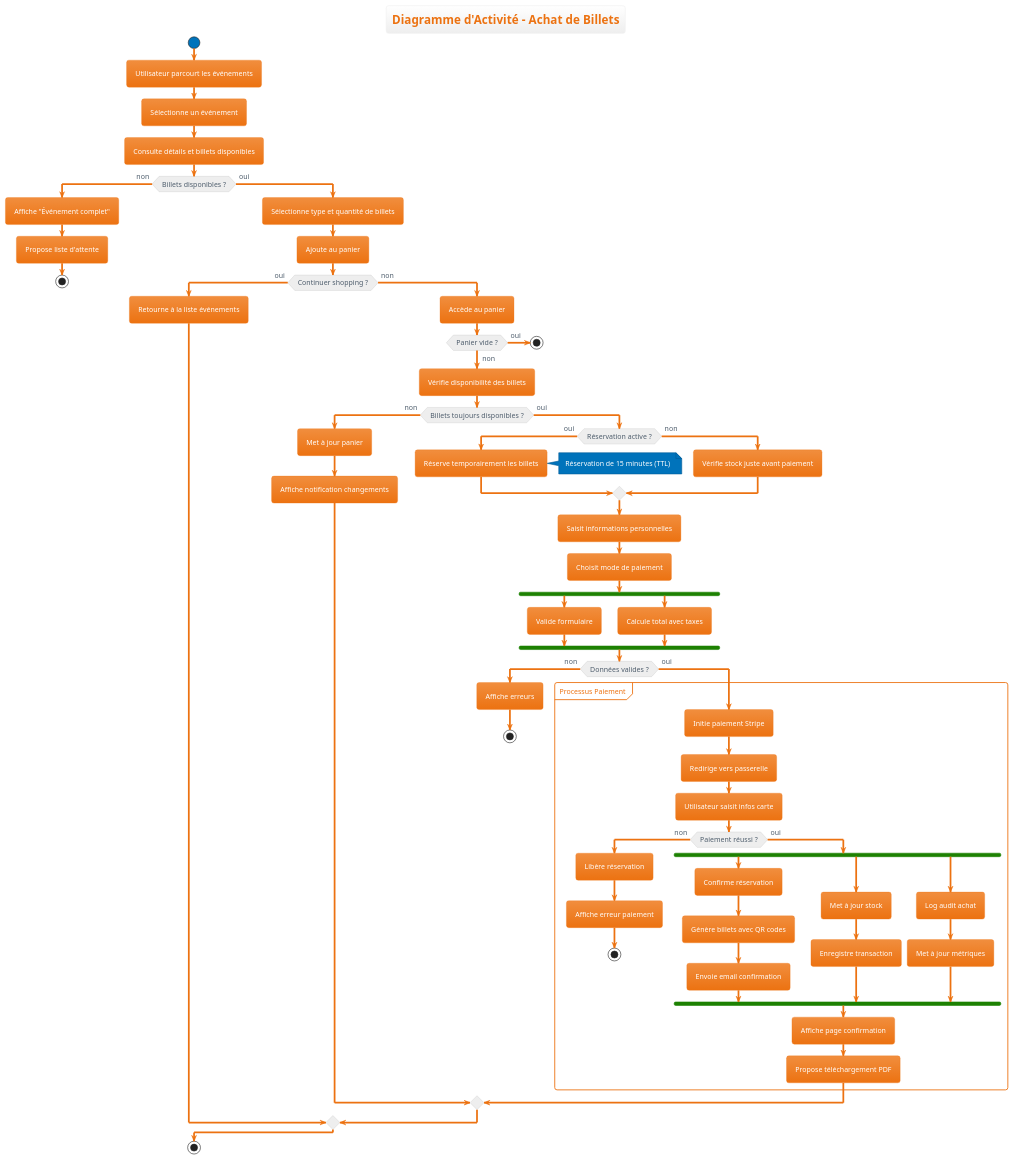
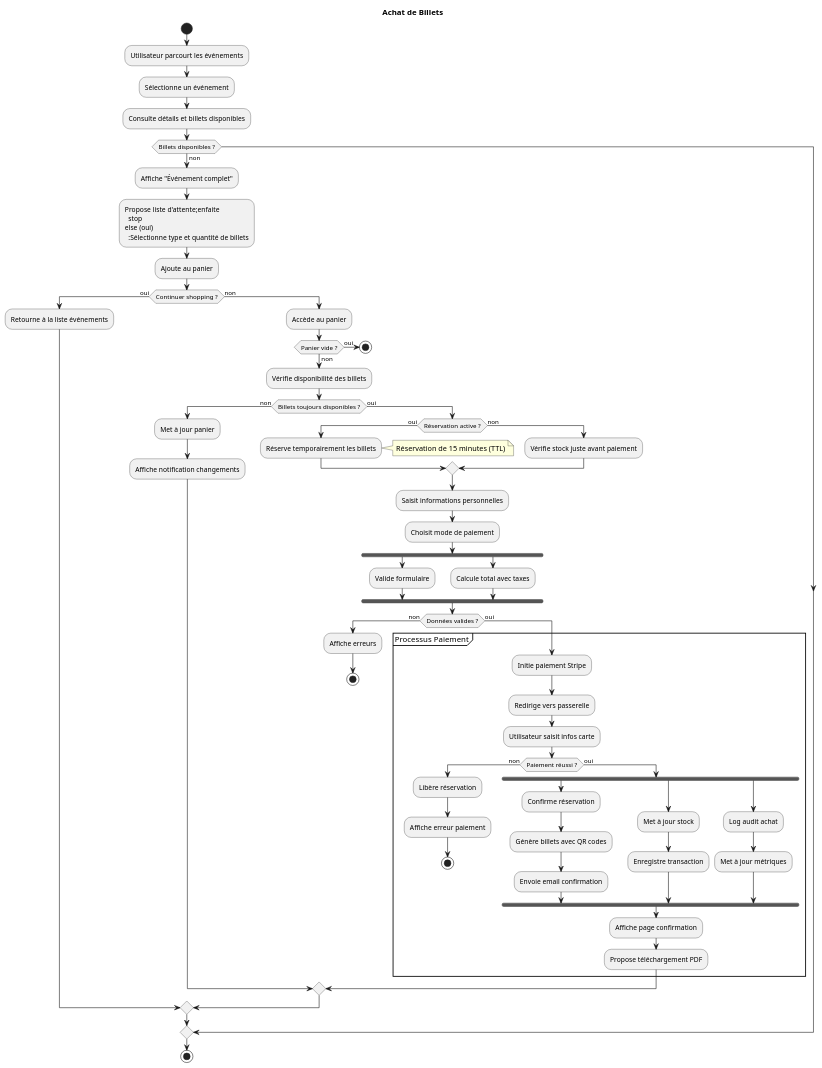
Before and after one commit to CorentinCoulet/M-C-Billetterie: the diagram in diagrams/activities/ticket-purchase.puml, drawn with PlantUML. The commit also changed 24 other files, not shown here.

```diff
--- a/diagrams/activities/ticket-purchase.puml
+++ b/diagrams/activities/ticket-purchase.puml
@@ -1,87 +1,86 @@
 @startuml ticket-purchase
-!theme aws-orange
-title Diagramme d'Activité - Achat de Billets
+title Achat de Billets
 
 start
 :Utilisateur parcourt les événements;
 :Sélectionne un événement;
 :Consulte détails et billets disponibles;
 
 if (Billets disponibles ?) then (non)
   :Affiche "Événement complet";
-  :Propose liste d'attente;
+  :Propose liste d'attente;enfaite
   stop
 else (oui)
   :Sélectionne type et quantité de billets;
   :Ajoute au panier;
   
   if (Continuer shopping ?) then (oui)
     :Retourne à la liste événements;
   else (non)
     :Accède au panier;
     
     if (Panier vide ?) then (oui)
       stop
     else (non)
       :Vérifie disponibilité des billets;
       
       if (Billets toujours disponibles ?) then (non)
         :Met à jour panier;
         :Affiche notification changements;
       else (oui)
         if (Réservation active ?) then (oui)
           :Réserve temporairement les billets;
           note right
             Réservation de 15 minutes (TTL)
           end note
         else (non)
           :Vérifie stock juste avant paiement;
         endif
         
         :Saisit informations personnelles;
         :Choisit mode de paiement;
         
         fork
           :Valide formulaire;
         fork again
           :Calcule total avec taxes;
         end fork
         
         if (Données valides ?) then (non)
           :Affiche erreurs;
           stop
         else (oui)
           partition "Processus Paiement" {
             :Initie paiement Stripe;
             :Redirige vers passerelle;
             :Utilisateur saisit infos carte;
             
             if (Paiement réussi ?) then (non)
               :Libère réservation;
               :Affiche erreur paiement;
               stop
             else (oui)
               fork
                 :Confirme réservation;
                 :Génère billets avec QR codes;
                 :Envoie email confirmation;
               fork again
                 :Met à jour stock;
                 :Enregistre transaction;
               fork again
                 :Log audit achat;
                 :Met à jour métriques;
               end fork
               
               :Affiche page confirmation;
               :Propose téléchargement PDF;
             endif
           }
         endif
       endif
     endif
   endif
 endif
 
 stop
 @enduml
```
